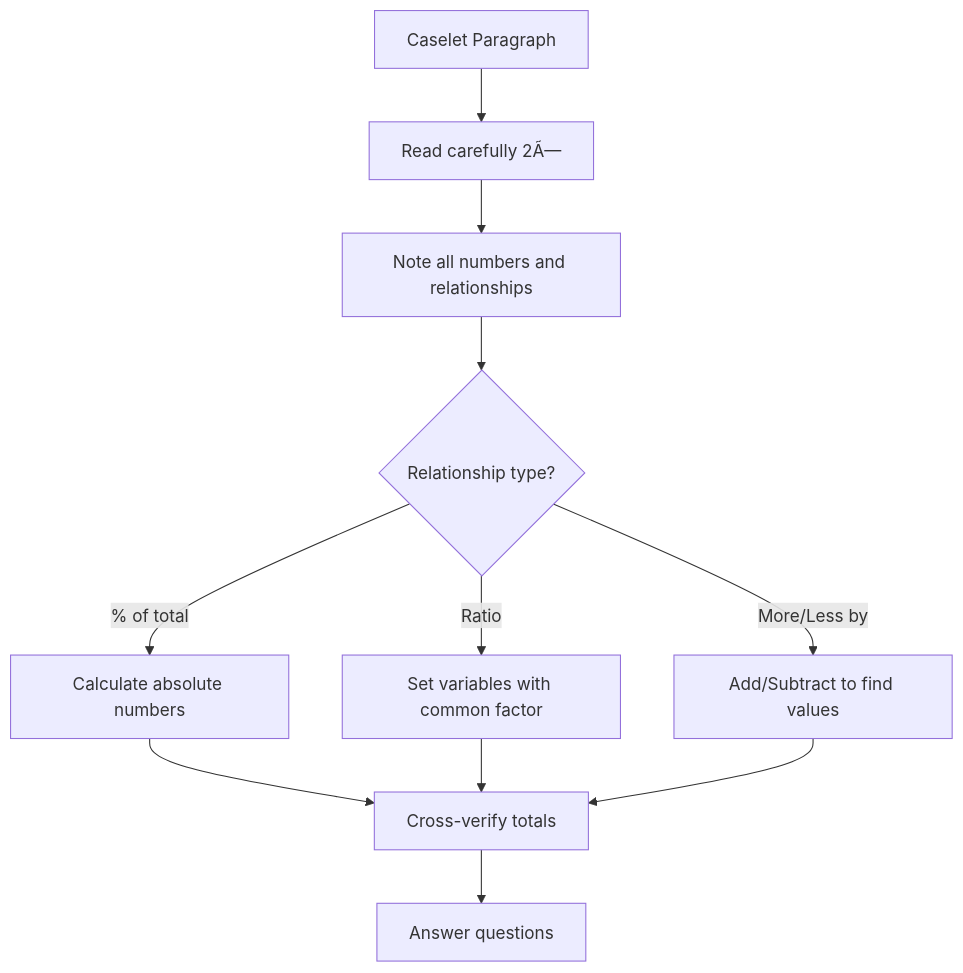
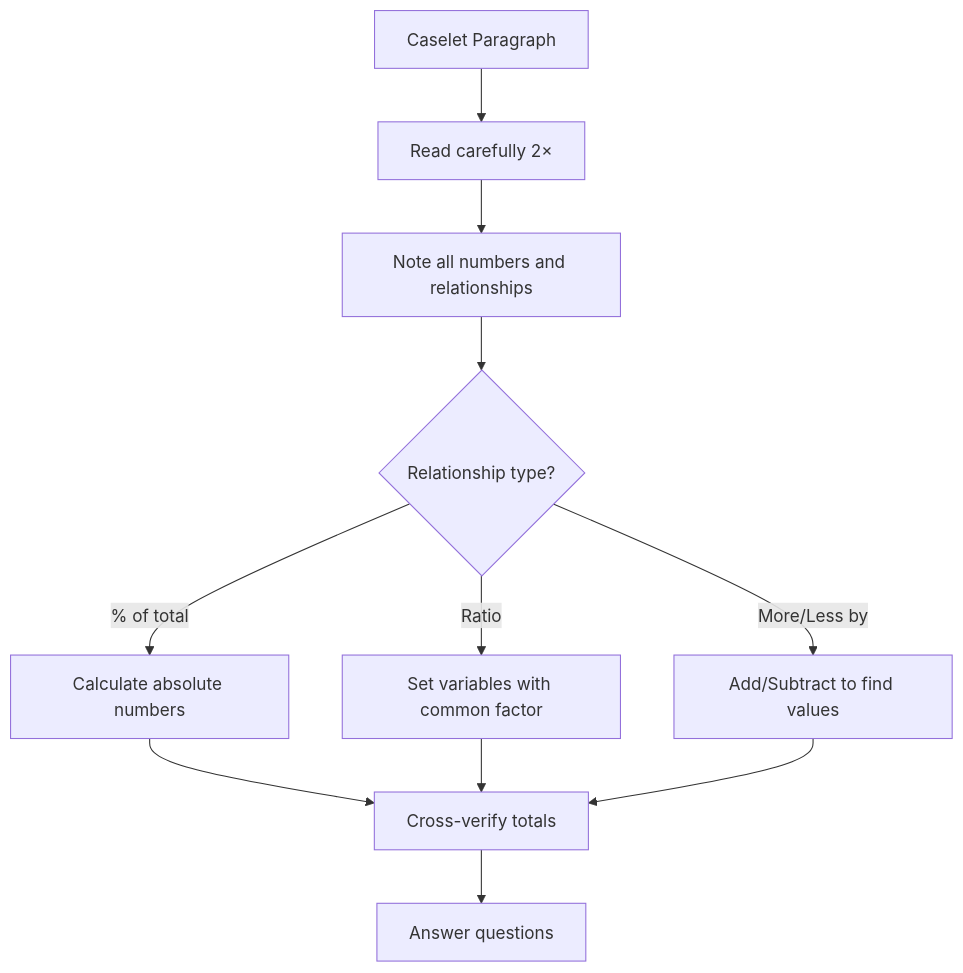
One commit to Raushan666java/ai-engineering-journey changed the seventh of 7 diagrams in docs/courses/quantitative-aptitude/03-data-interpretation.md. Above: the diagram before and after it, drawn with Mermaid. The commit also changed other lines of this file and 965 other files, not shown here.

````diff
--- a/docs/courses/quantitative-aptitude/03-data-interpretation.md
+++ b/docs/courses/quantitative-aptitude/03-data-interpretation.md
@@ -1086,13 +1086,13 @@
 ```mermaid
 flowchart TD
-    A["Caselet Paragraph"] --> B["Read carefully 2Ã—"]
+    A["Caselet Paragraph"] --> B["Read carefully 2×"]
     B --> C["Note all numbers and relationships"]
     C --> D{"Relationship type?"}
     D -->|"% of total"| E["Calculate absolute numbers"]
     D -->|"Ratio"| F["Set variables with common factor"]
     D -->|"More/Less by"| G["Add/Subtract to find values"]
     E --> H["Cross-verify totals"]
     F --> H
     G --> H
     H --> I["Answer questions"]
 ```
````
